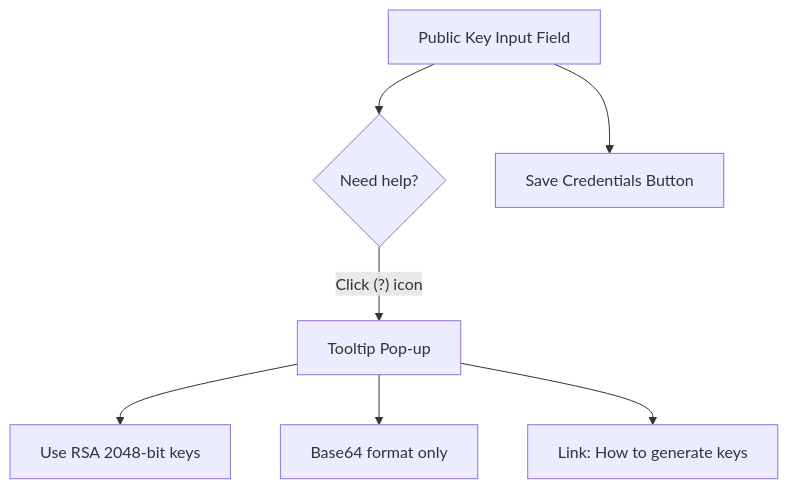
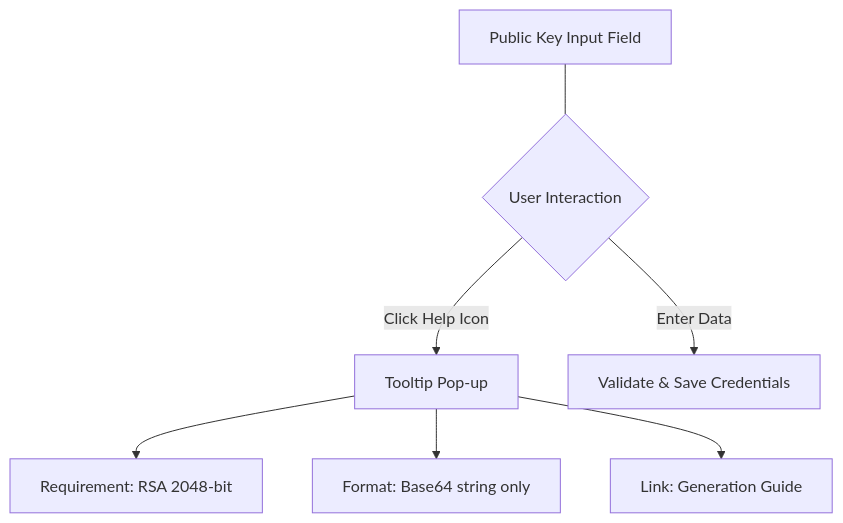
One commit to vaishvanara/techwritingkb changed the diagram in docs/industry-terms/just-in-time-learning.md. Above: the diagram before and after it, drawn with Mermaid. The commit also changed other lines of this file and 51 other files, not shown here.

````diff
--- a/docs/industry-terms/just-in-time-learning.md
+++ b/docs/industry-terms/just-in-time-learning.md
@@ -44,9 +44,9 @@
 ```mermaid
 graph TD
-    A[Public Key Input Field] --> B{Need help?}
-    B -- Click (?) icon --> C[Tooltip Pop-up]
-    C --> D[Use RSA 2048-bit keys]
-    C --> E[Base64 format only]
-    C --> F[Link: How to generate keys]
-    A --> G[Save Credentials Button]
+    A[Public Key Input Field] --- B{User Interaction}
+    B -->|Click Help Icon| C[Tooltip Pop-up]
+    B -->|Enter Data| G[Validate & Save Credentials]
+    C --> D[Requirement: RSA 2048-bit]
+    C --> E[Format: Base64 string only]
+    C --> F[Link: Generation Guide]
 ```
````
